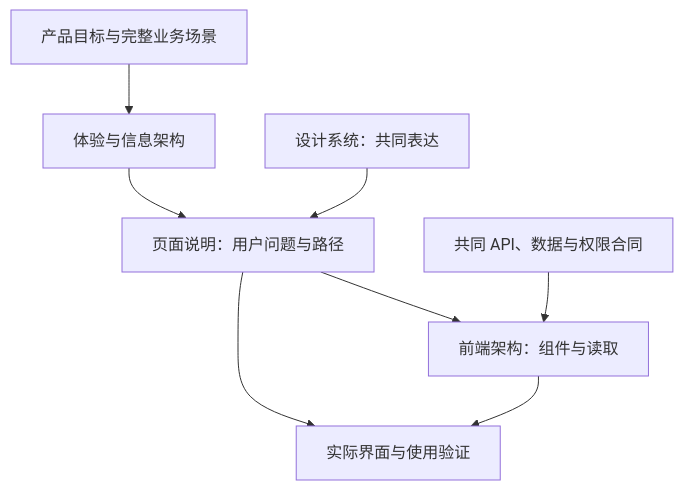
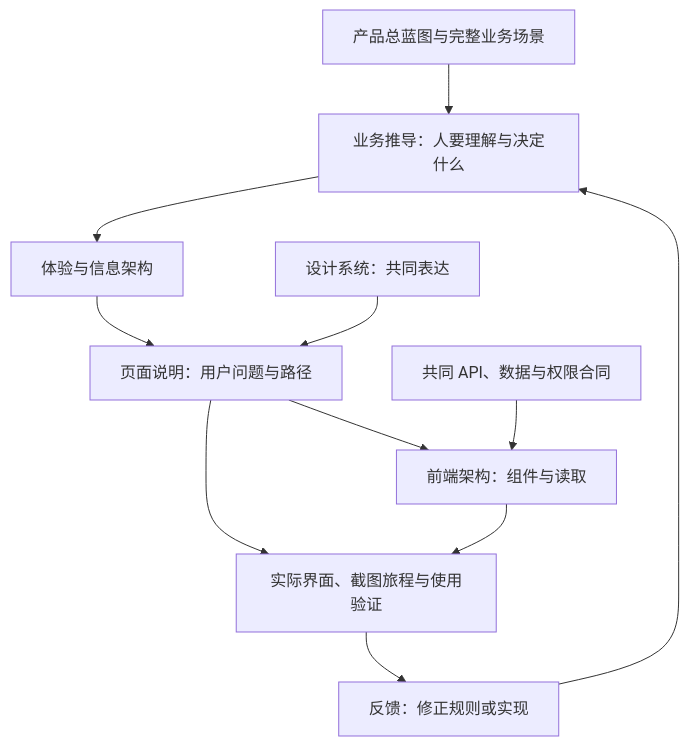
One commit to cyl19970726/evoLoop changed the diagram in docs/frontend/README.md. Above: the diagram before and after it, drawn with Mermaid. The commit also changed other lines of this file and 18 other files, not shown here.

````diff
--- a/docs/frontend/README.md
+++ b/docs/frontend/README.md
@@ -23,10 +27,13 @@
 ```mermaid
 flowchart TB
-  P["产品目标与完整业务场景"] --> E["体验与信息架构"]
+  P["产品总蓝图与完整业务场景"] --> B["业务推导：人要理解与决定什么"]
+  B --> E["体验与信息架构"]
   E --> V["页面说明：用户问题与路径"]
   D["设计系统：共同表达"] --> V
   V --> A["前端架构：组件与读取"]
   C["共同 API、数据与权限合同"] --> A
-  V --> T["实际界面与使用验证"]
+  V --> T["实际界面、截图旅程与使用验证"]
   A --> T
+  T --> R["反馈：修正规则或实现"]
+  R --> B
 ```
````
